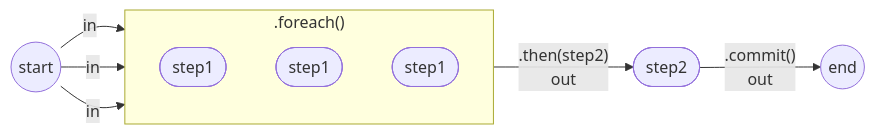
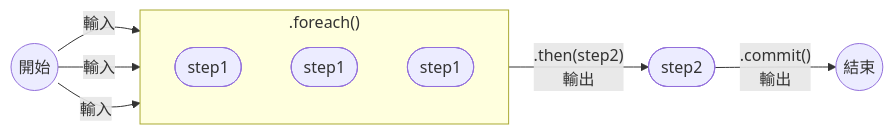
The seventh of 7 diagrams in i18n/zh-HK/docusaurus-plugin-content-docs/current/workflows/control-flow.mdx (youngjunning/mastra.youngjunning.com), drawn with Mermaid before and after one commit. The commit also changed other lines of this file and 3073 other files, not shown here.

````diff
--- a/i18n/zh-HK/docusaurus-plugin-content-docs/current/workflows/control-flow.mdx
+++ b/i18n/zh-HK/docusaurus-plugin-content-docs/current/workflows/control-flow.mdx
@@ -664,19 +664,19 @@
 ```mermaid
 flowchart LR
-  accTitle: Run a workflow step for each array item
-  accDescr: The foreach operation passes three example items into separate runs of step1, then passes their collected results to step2 before the workflow ends.
+  accTitle: 對陣列中每個元素執行 Workflow 步驟
+  accDescr: foreach 操作將三個例子中的元素分別交給 step1 執行，再把收集的結果傳給 step2，最後結束 Workflow。
   subgraph foreach[".foreach()"]
     direction TB
     step1a([step1])
     step1b([step1])
     step1c([step1])
   end
 
-  start(( start )) -->|in| step1a
-  start -->|in| step1b
-  start -->|in| step1c
-  foreach -->|".then(step2)"<br/>out| step2([step2])
-  step2 -->|".commit()"<br/>out| endNode(( end ))
+  start(( 開始 )) -->|輸入| step1a
+  start -->|輸入| step1b
+  start -->|輸入| step1c
+  foreach -->|".then(step2)"<br/>輸出| step2([step2])
+  step2 -->|".commit()"<br/>輸出| endNode(( 結束 ))
 
   class endNode accent
 ```
````
